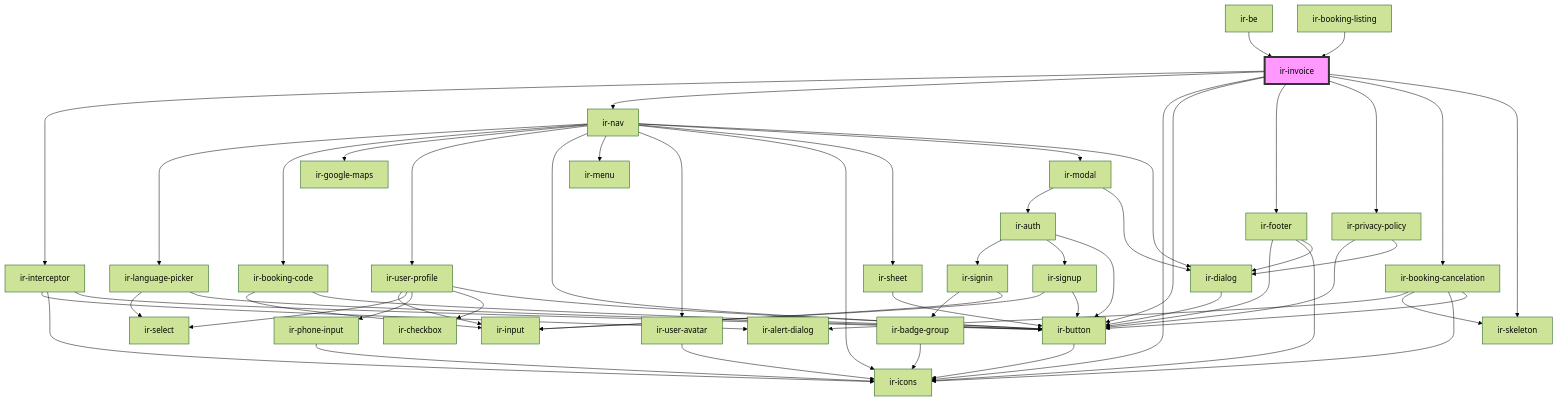
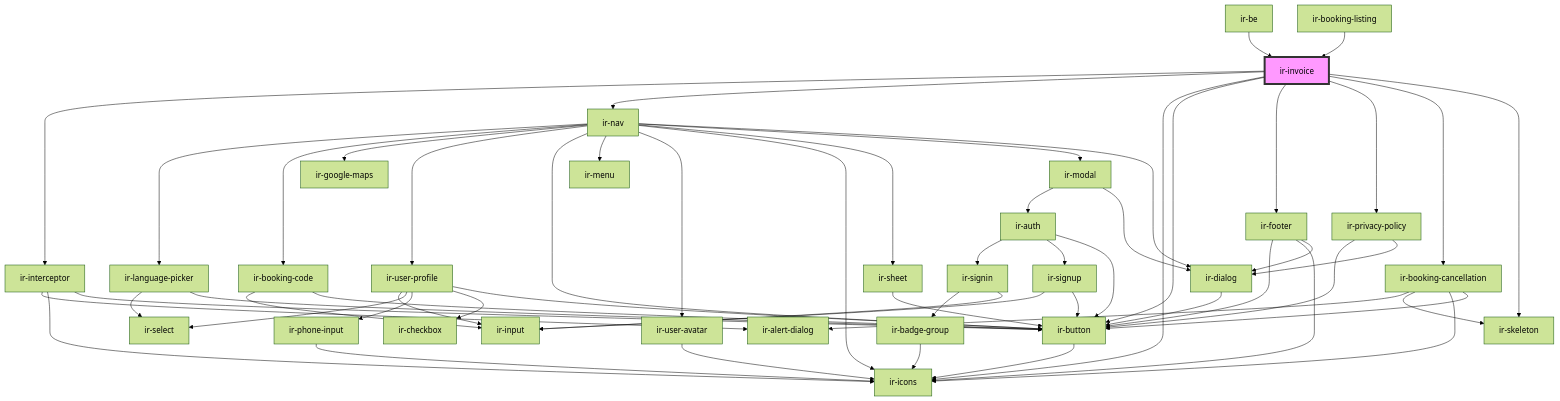
Before and after one commit to RonyRizk/ir-be: the diagram in src/components/ir-invoice/readme.md, drawn with Mermaid (forest theme). The commit also changed other lines of this file and 48 other files, not shown here.

````diff
--- a/src/components/ir-invoice/readme.md
+++ b/src/components/ir-invoice/readme.md
@@ -47,61 +48,61 @@
 ```mermaid
 graph TD;
   ir-invoice --> ir-interceptor
   ir-invoice --> ir-nav
   ir-invoice --> ir-icons
   ir-invoice --> ir-button
   ir-invoice --> ir-footer
   ir-invoice --> ir-privacy-policy
-  ir-invoice --> ir-booking-cancelation
+  ir-invoice --> ir-booking-cancellation
   ir-invoice --> ir-skeleton
   ir-interceptor --> ir-alert-dialog
   ir-interceptor --> ir-icons
   ir-interceptor --> ir-button
   ir-button --> ir-icons
   ir-nav --> ir-language-picker
   ir-nav --> ir-booking-code
   ir-nav --> ir-google-maps
   ir-nav --> ir-user-profile
   ir-nav --> ir-button
   ir-nav --> ir-menu
   ir-nav --> ir-user-avatar
   ir-nav --> ir-icons
   ir-nav --> ir-sheet
   ir-nav --> ir-modal
   ir-nav --> ir-dialog
   ir-language-picker --> ir-select
   ir-language-picker --> ir-button
   ir-booking-code --> ir-input
   ir-booking-code --> ir-button
   ir-user-profile --> ir-input
   ir-user-profile --> ir-select
   ir-user-profile --> ir-phone-input
   ir-user-profile --> ir-checkbox
   ir-user-profile --> ir-button
   ir-phone-input --> ir-icons
   ir-user-avatar --> ir-icons
   ir-sheet --> ir-button
   ir-modal --> ir-auth
   ir-modal --> ir-dialog
   ir-auth --> ir-signin
   ir-auth --> ir-signup
   ir-auth --> ir-button
   ir-signin --> ir-badge-group
   ir-signin --> ir-input
   ir-badge-group --> ir-icons
   ir-signup --> ir-input
   ir-signup --> ir-button
   ir-dialog --> ir-button
   ir-footer --> ir-button
   ir-footer --> ir-icons
   ir-footer --> ir-dialog
   ir-privacy-policy --> ir-button
   ir-privacy-policy --> ir-dialog
-  ir-booking-cancelation --> ir-alert-dialog
-  ir-booking-cancelation --> ir-skeleton
-  ir-booking-cancelation --> ir-icons
-  ir-booking-cancelation --> ir-button
+  ir-booking-cancellation --> ir-alert-dialog
+  ir-booking-cancellation --> ir-skeleton
+  ir-booking-cancellation --> ir-icons
+  ir-booking-cancellation --> ir-button
   ir-be --> ir-invoice
   ir-booking-listing --> ir-invoice
   style ir-invoice fill:#f9f,stroke:#333,stroke-width:4px
 ```
````
